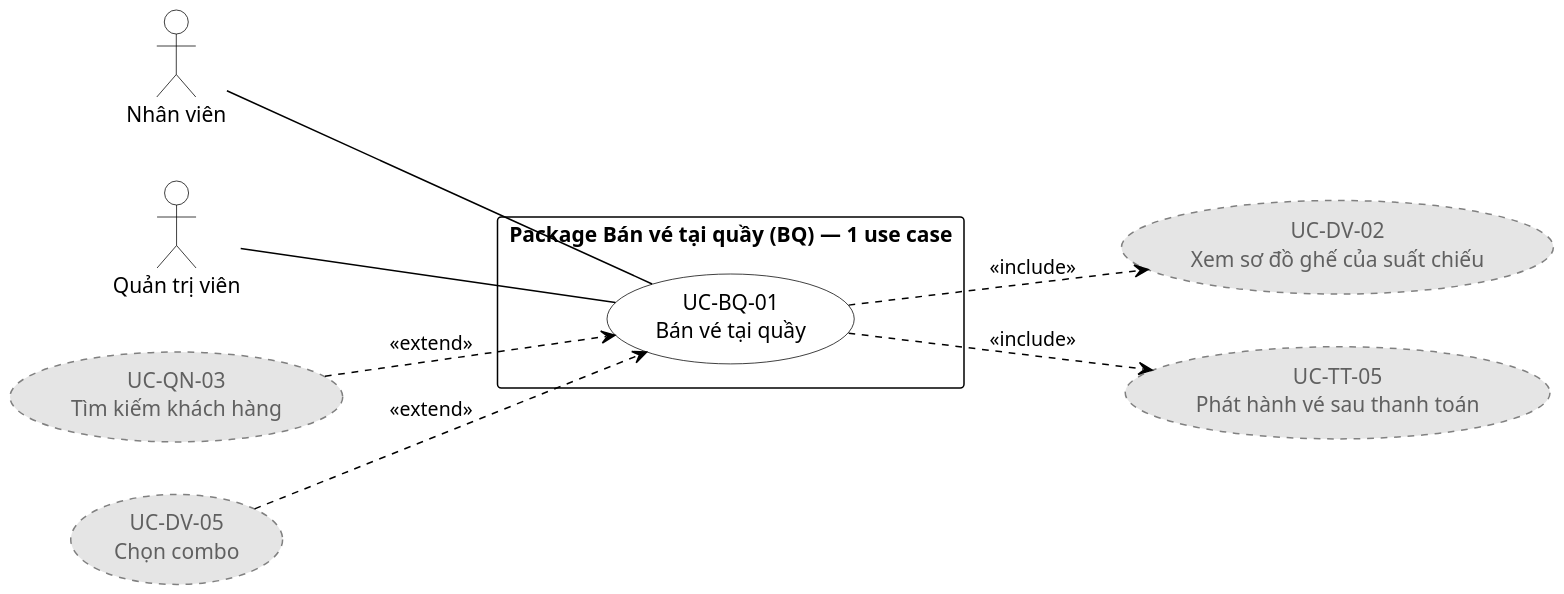
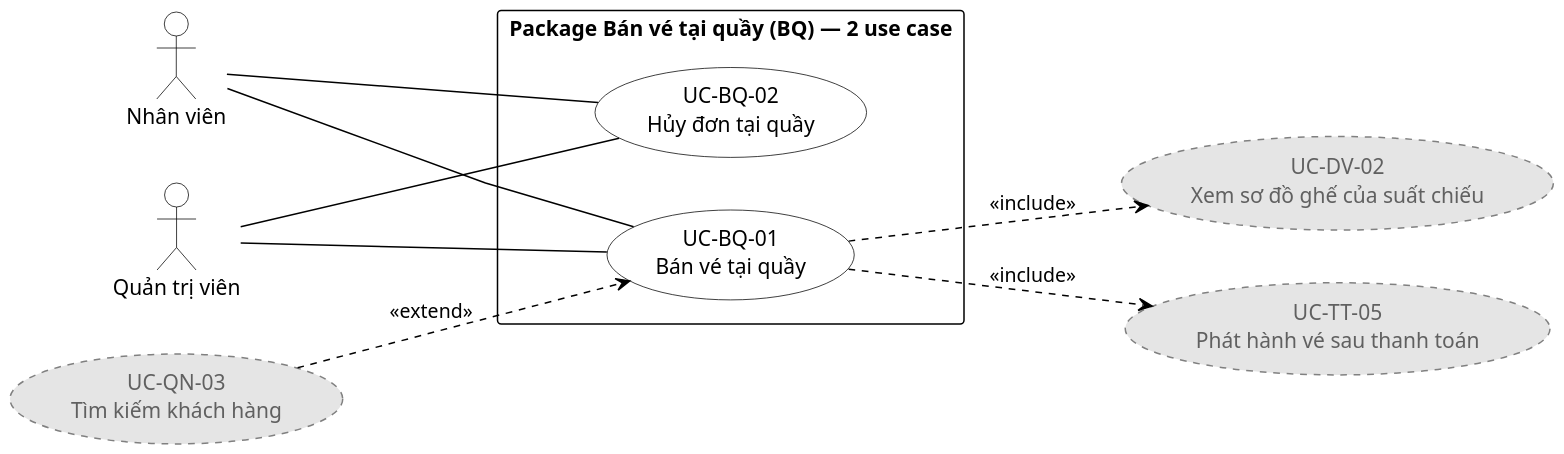
The diagram in docs/so-do/plantuml/hinh-3-11.puml (nguyenhiennnnn/perfo), drawn with PlantUML before and after one commit. The commit also changed 58 other files, not shown here.

```diff
--- a/docs/so-do/plantuml/hinh-3-11.puml
+++ b/docs/so-do/plantuml/hinh-3-11.puml
@@ -1,30 +1,36 @@
 @startuml
 left to right direction
 skinparam linetype polyline
 skinparam shadowing false
 skinparam defaultFontName "Times New Roman"
 skinparam packageStyle rectangle
 skinparam dpi 150
 skinparam ArrowColor Black
 skinparam actorBackgroundColor White
 skinparam actorBorderColor Black
 skinparam usecaseBackgroundColor White
 skinparam usecaseBorderColor Black
 skinparam rectangleBackgroundColor White
 skinparam rectangleBorderColor Black
+
 actor "Nhân viên" as A_NV
 actor "Quản trị viên" as A_QTV
-rectangle "Package Bán vé tại quầy (BQ) — 1 use case" as PK {
+
+rectangle "Package Bán vé tại quầy (BQ) — 2 use case" as PK {
   usecase "UC-BQ-01\nBán vé tại quầy" as UC_BQ_01
+  usecase "UC-BQ-02\nHủy đơn tại quầy" as UC_BQ_02
 }
+
 usecase "UC-DV-02\nXem sơ đồ ghế của suất chiếu" as UC_DV_02 #E5E5E5;line:808080;text:606060;line.dashed
 usecase "UC-TT-05\nPhát hành vé sau thanh toán" as UC_TT_05 #E5E5E5;line:808080;text:606060;line.dashed
 usecase "UC-QN-03\nTìm kiếm khách hàng" as UC_QN_03 #E5E5E5;line:808080;text:606060;line.dashed
-usecase "UC-DV-05\nChọn combo" as UC_DV_05 #E5E5E5;line:808080;text:606060;line.dashed
+
 A_NV -- UC_BQ_01
+A_NV -- UC_BQ_02
 A_QTV -- UC_BQ_01
+A_QTV -- UC_BQ_02
+
 UC_BQ_01 ..> UC_DV_02 : <<include>>
 UC_BQ_01 ..> UC_TT_05 : <<include>>
 UC_QN_03 ..> UC_BQ_01 : <<extend>>
-UC_DV_05 ..> UC_BQ_01 : <<extend>>
 @enduml
```
